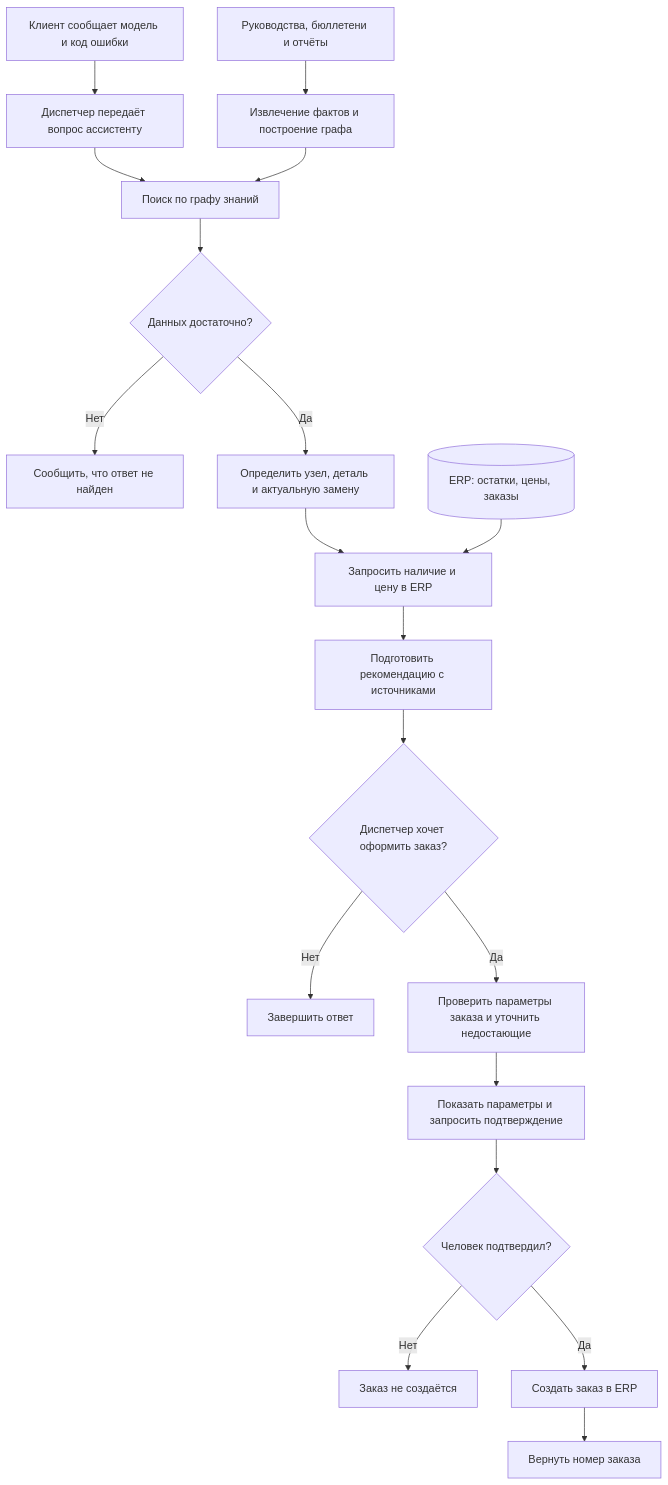
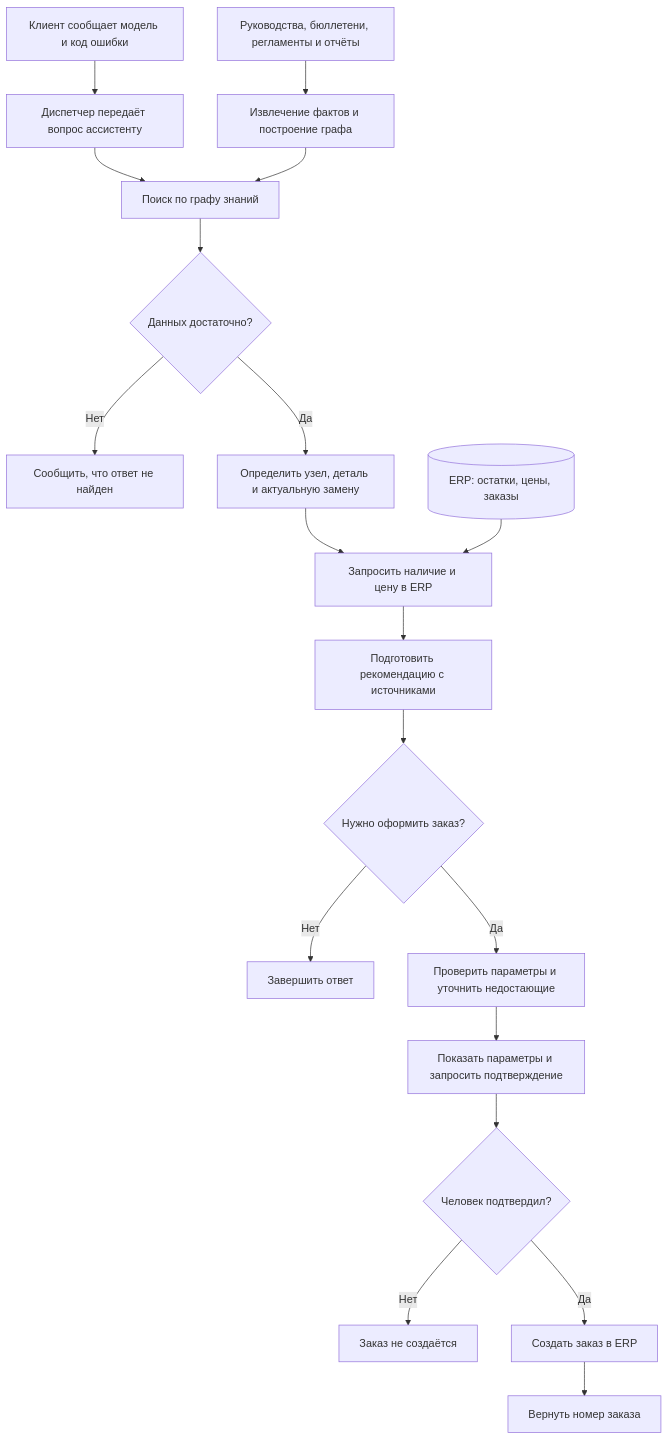
One commit to etokareva/llm-project changed the first of 2 diagrams in REPORT.md. Above: the diagram before and after it, drawn with Mermaid. The commit also changed other lines of this file and 5 other files, not shown here.

````diff
--- a/REPORT.md
+++ b/REPORT.md
@@ -60,26 +75,26 @@
 ```mermaid
 flowchart TD
     A["Клиент сообщает модель и код ошибки"] --> B["Диспетчер передаёт вопрос ассистенту"]
     B --> C["Поиск по графу знаний"]
 
-    DOC["Руководства, бюллетени и отчёты"] --> KG["Извлечение фактов и построение графа"]
+    DOC["Руководства, бюллетени, регламенты и отчёты"] --> KG["Извлечение фактов и построение графа"]
     KG --> C
 
     C --> D{"Данных достаточно?"}
     D -->|Нет| E["Сообщить, что ответ не найден"]
     D -->|Да| F["Определить узел, деталь и актуальную замену"]
 
     F --> G["Запросить наличие и цену в ERP"]
     ERP[("ERP: остатки, цены, заказы")] --> G
     G --> H["Подготовить рекомендацию с источниками"]
 
-    H --> I{"Диспетчер хочет оформить заказ?"}
+    H --> I{"Нужно оформить заказ?"}
     I -->|Нет| J["Завершить ответ"]
-    I -->|Да| K["Проверить параметры заказа и уточнить недостающие"]
+    I -->|Да| K["Проверить параметры и уточнить недостающие"]
 
     K --> L["Показать параметры и запросить подтверждение"]
     L --> M{"Человек подтвердил?"}
     M -->|Нет| N["Заказ не создаётся"]
     M -->|Да| O["Создать заказ в ERP"]
     O --> P["Вернуть номер заказа"]
 ```
````
